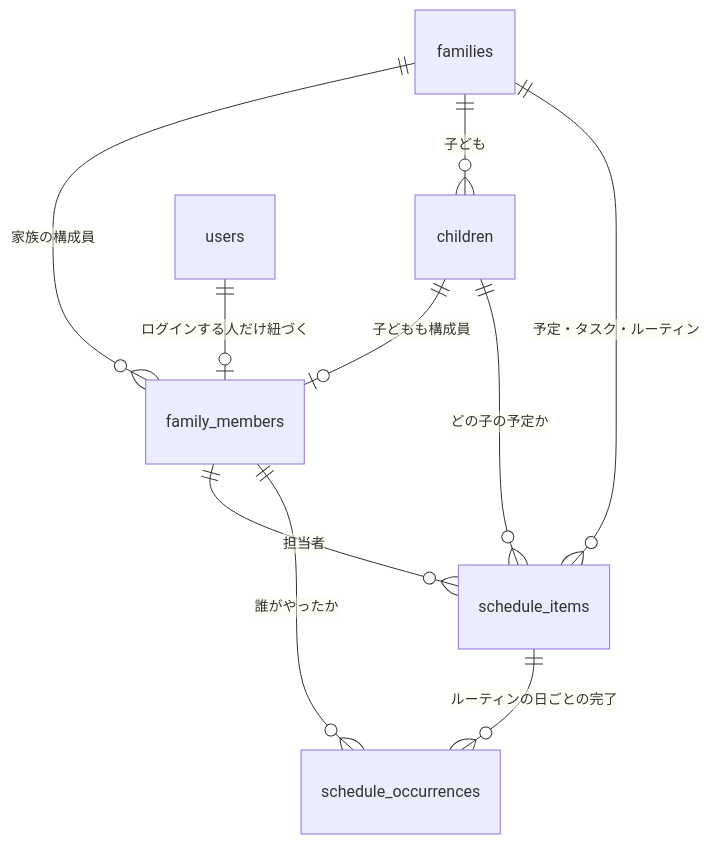
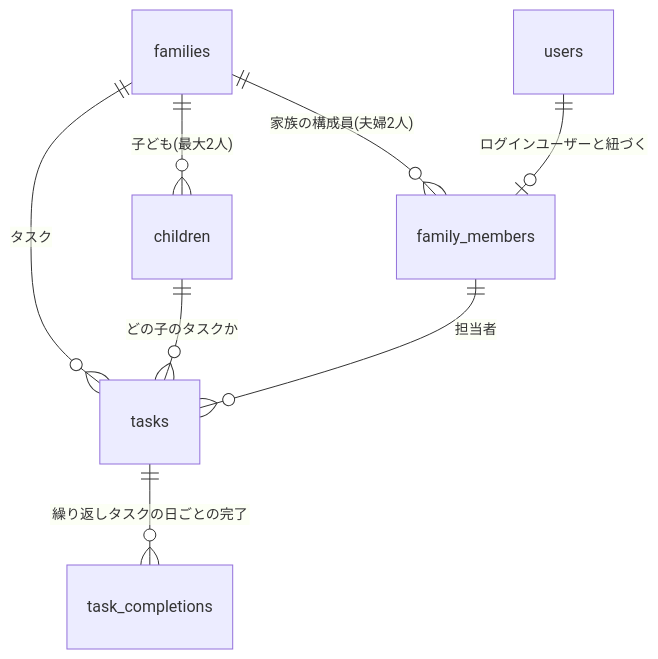
Before and after one commit to daizooo/sukusuku: the diagram in docs/family-calendar-design.md, drawn with Mermaid. The commit also changed other lines of this file, not shown here.

````diff
--- a/docs/family-calendar-design.md
+++ b/docs/family-calendar-design.md
@@ -100,12 +141,10 @@
 ```mermaid
 erDiagram
-    families ||--o{ family_members : "家族の構成員"
-    families ||--o{ children : "子ども"
-    families ||--o{ schedule_items : "予定・タスク・ルーティン"
-    users ||--o| family_members : "ログインする人だけ紐づく"
-    children ||--o| family_members : "子どもも構成員"
-    children ||--o{ schedule_items : "どの子の予定か"
-    family_members ||--o{ schedule_items : "担当者"
-    schedule_items ||--o{ schedule_occurrences : "ルーティンの日ごとの完了"
-    family_members ||--o{ schedule_occurrences : "誰がやったか"
+    families ||--o{ family_members : "家族の構成員(夫婦2人)"
+    families ||--o{ children : "子ども(最大2人)"
+    families ||--o{ tasks : "タスク"
+    users ||--o| family_members : "ログインユーザーと紐づく"
+    children ||--o{ tasks : "どの子のタスクか"
+    family_members ||--o{ tasks : "担当者"
+    tasks ||--o{ task_completions : "繰り返しタスクの日ごとの完了"
 ```
````
